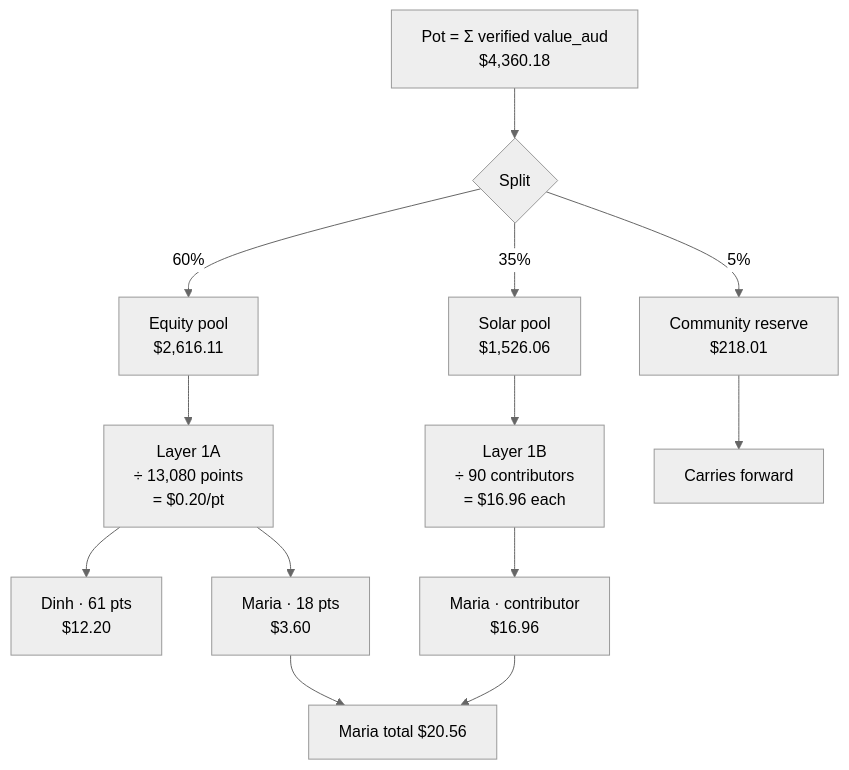
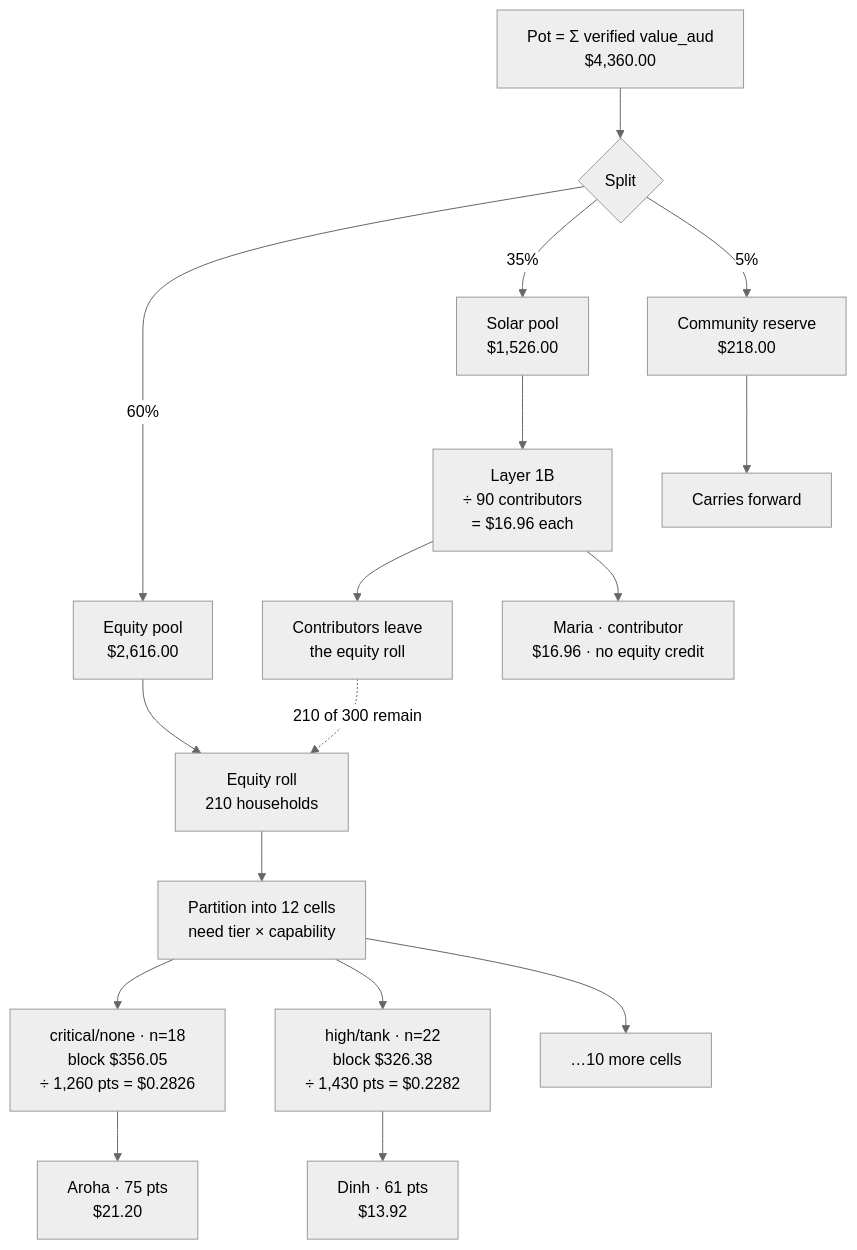
The eighth of 9 diagrams in docs/sunshine_wallet-high_level-backend-flow.md (hong-nhung-nguyen/sunshine-wallet), drawn with Mermaid (neutral theme) before and after one commit. The commit also changed other lines of this file and 2 other files, not shown here.

````diff
--- a/docs/sunshine_wallet-high_level-backend-flow.md
+++ b/docs/sunshine_wallet-high_level-backend-flow.md
@@ -246,18 +394,24 @@
 ```mermaid
 flowchart TD
-  POT["Pot = Σ verified value_aud<br/>$4,360.18"] --> SPLIT{Split}
-  SPLIT -->|60%| EQ["Equity pool<br/>$2,616.11"]
-  SPLIT -->|35%| SOL["Solar pool<br/>$1,526.06"]
-  SPLIT -->|5%| RES["Community reserve<br/>$218.01"]
+  POT["Pot = Σ verified value_aud<br/>$4,360.00"] --> SPLIT{Split}
+  SPLIT -->|60%| EQ["Equity pool<br/>$2,616.00"]
+  SPLIT -->|35%| SOL["Solar pool<br/>$1,526.00"]
+  SPLIT -->|5%| RES["Community reserve<br/>$218.00"]
 
-  EQ --> L1A["Layer 1A<br/>÷ 13,080 points<br/>= $0.20/pt"]
   SOL --> L1B["Layer 1B<br/>÷ 90 contributors<br/>= $16.96 each"]
+  L1B --> EXCL["Contributors leave<br/>the equity roll"]
+  EXCL -.->|"210 of 300 remain"| ROLL
 
-  L1A --> W1["Dinh · 61 pts<br/>$12.20"]
-  L1A --> W2["Maria · 18 pts<br/>$3.60"]
-  L1B --> W2B["Maria · contributor<br/>$16.96"]
+  EQ --> ROLL["Equity roll<br/>210 households"]
+  ROLL --> CELLS["Partition into 12 cells<br/>need tier × capability"]
 
-  W2 --> WM["Maria total $20.56"]
-  W2B --> WM
+  CELLS --> B1["critical/none · n=18<br/>block $356.05<br/>÷ 1,260 pts = $0.2826"]
+  CELLS --> B2["high/tank · n=22<br/>block $326.38<br/>÷ 1,430 pts = $0.2282"]
+  CELLS --> B3["…10 more cells"]
+
+  B1 --> W1["Aroha · 75 pts<br/>$21.20"]
+  B2 --> W2["Dinh · 61 pts<br/>$13.92"]
+  L1B --> W3["Maria · contributor<br/>$16.96 · no equity credit"]
+
   RES --> CARRY[Carries forward]
 ```
````
